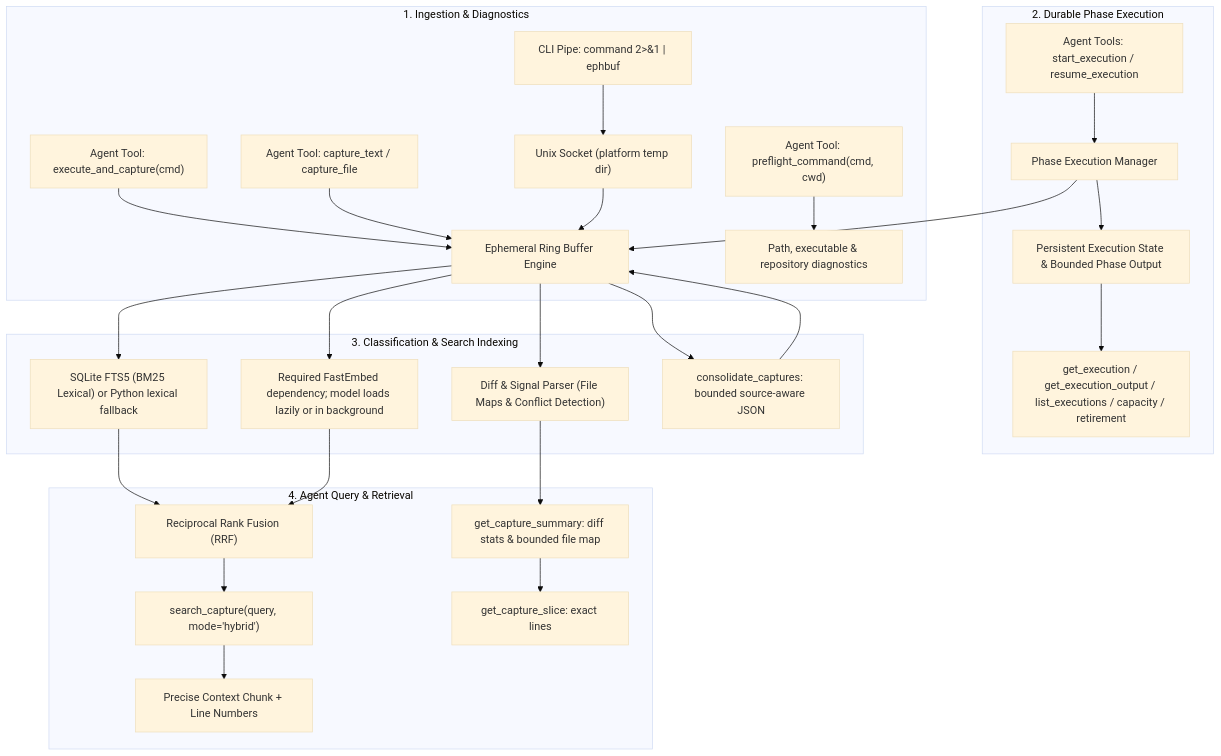
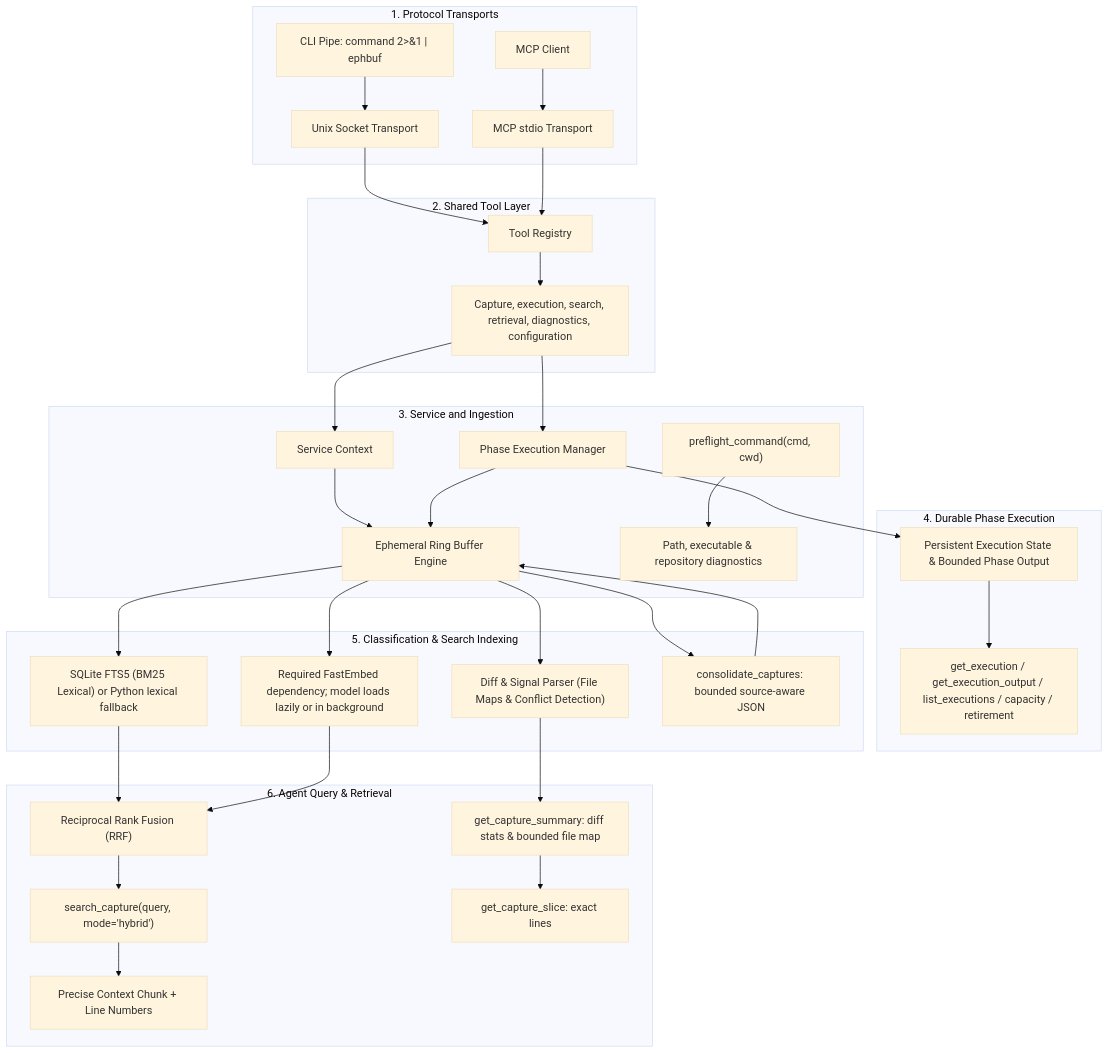
The diagram in docs/architecture.md (k-rister/ephemeral-buffer-mcp), drawn with Mermaid (base theme) before and after one commit. The commit also changed other lines of this file and 21 other files, not shown here.

First line of the commit message:
refactor: split server into transport and tool modules

````diff
--- a/docs/architecture.md
+++ b/docs/architecture.md
@@ -3,33 +3,42 @@
 ```mermaid
 flowchart TD
-    subgraph Ingestion["1. Ingestion & Diagnostics"]
-        A["CLI Pipe: command 2>&1 | ephbuf"] --> D["Unix Socket (platform temp dir)"]
-        B["Agent Tool: execute_and_capture(cmd)"] --> E["Ephemeral Ring Buffer Engine"]
-        C["Agent Tool: capture_text / capture_file"] --> E
-        D --> E
-        P["Agent Tool: preflight_command(cmd, cwd)"] --> Q["Path, executable & repository diagnostics"]
+    subgraph Transports["1. Protocol Transports"]
+        A["CLI Pipe: command 2>&1 | ephbuf"] --> S["Unix Socket Transport"]
+        B["MCP Client"] --> MT["MCP stdio Transport"]
     end
 
-    subgraph Execution["2. Durable Phase Execution"]
-        X["Agent Tools: start_execution / resume_execution"] --> Y["Phase Execution Manager"]
+    subgraph Tools["2. Shared Tool Layer"]
+        S --> R["Tool Registry"]
+        MT --> R
+        R --> T["Capture, execution, search, retrieval, diagnostics, configuration"]
+    end
+
+    subgraph Ingestion["3. Service and Ingestion"]
+        T --> C["Service Context"]
+        C --> E["Ephemeral Ring Buffer Engine"]
+        T --> Y["Phase Execution Manager"]
+        P["preflight_command(cmd, cwd)"] --> Q["Path, executable & repository diagnostics"]
+    end
+
+    subgraph Execution["4. Durable Phase Execution"]
         Y --> Z["Persistent Execution State & Bounded Phase Output"]
         Y --> E
         Z --> AA["get_execution / get_execution_output / list_executions / capacity / retirement"]
     end
 
-    subgraph Indexing["3. Classification & Search Indexing"]
+    subgraph Indexing["5. Classification & Search Indexing"]
         E --> F["SQLite FTS5 (BM25 Lexical) or Python lexical fallback"]
         E --> G["Required FastEmbed dependency; model loads lazily or in background"]
         E --> K["Diff & Signal Parser (File Maps & Conflict Detection)"]
-        E --> M["consolidate_captures: bounded source-aware JSON"]
-        M --> E
+        E --> CO["consolidate_captures: bounded source-aware JSON"]
+        CO --> E
     end
 
-    subgraph Querying["4. Agent Query & Retrieval"]
+    subgraph Querying["6. Agent Query & Retrieval"]
         F & G --> H["Reciprocal Rank Fusion (RRF)"]
         H --> I["search_capture(query, mode='hybrid')"]
         K --> L["get_capture_summary: diff stats & bounded file map"]
         L --> N["get_capture_slice: exact lines"]
         I --> J["Precise Context Chunk + Line Numbers"]
     end
 ```
````
